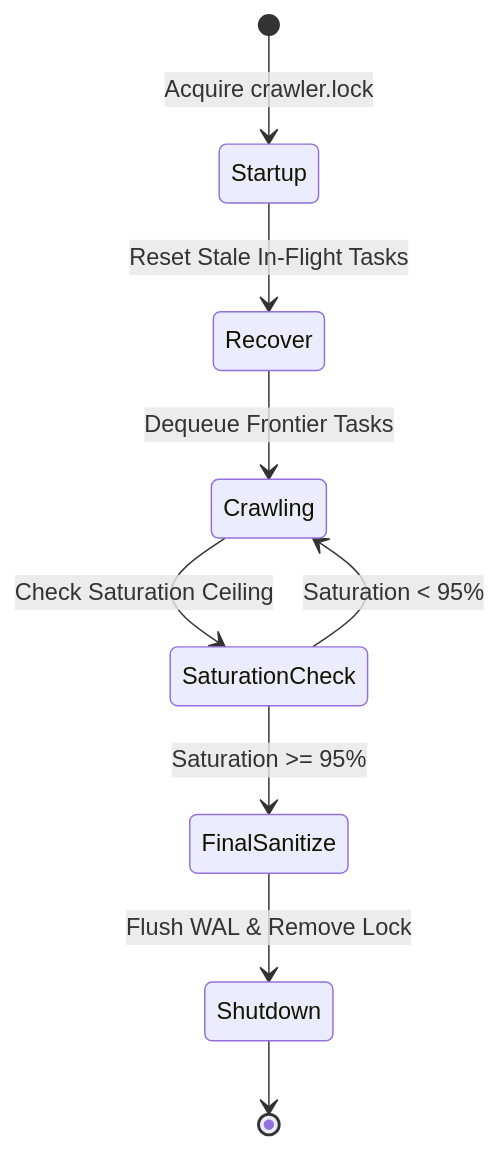
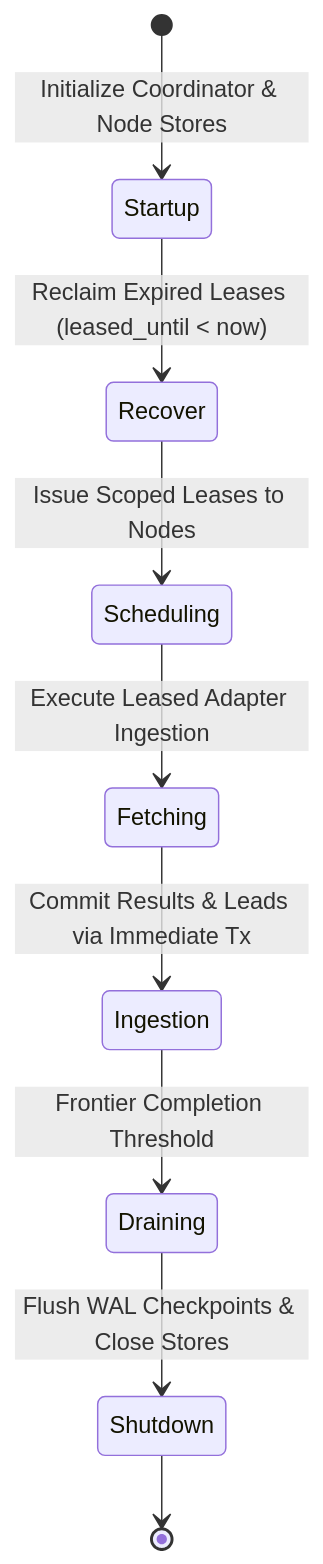
One commit to SlamTheDragon/vrc-package-crawler changed the third of 3 diagrams in docs/research/topics/06_operational_storage_and_recovery.md. Above: the diagram before and after it, drawn with Mermaid. The commit also changed other lines of this file and 35 other files, not shown here.

````diff
--- a/docs/research/topics/06_operational_storage_and_recovery.md
+++ b/docs/research/topics/06_operational_storage_and_recovery.md
@@ -120,11 +118,11 @@
 ```mermaid
 stateDiagram-v2
-    [*] --> Startup: Acquire crawler.lock
-    Startup --> Recover: Reset Stale In-Flight Tasks
-    Recover --> Crawling: Dequeue Frontier Tasks
-    Crawling --> SaturationCheck: Check Saturation Ceiling
-    SaturationCheck --> Crawling: Saturation < 95%
-    SaturationCheck --> FinalSanitize: Saturation >= 95%
-    FinalSanitize --> Shutdown: Flush WAL & Remove Lock
+    [*] --> Startup: Initialize Coordinator & Node Stores
+    Startup --> Recover: Reclaim Expired Leases (leased_until < now)
+    Recover --> Scheduling: Issue Scoped Leases to Nodes
+    Scheduling --> Fetching: Execute Leased Adapter Ingestion
+    Fetching --> Ingestion: Commit Results & Leads via Immediate Tx
+    Ingestion --> Draining: Frontier Completion Threshold
+    Draining --> Shutdown: Flush WAL Checkpoints & Close Stores
     Shutdown --> [*]
 ```
````
